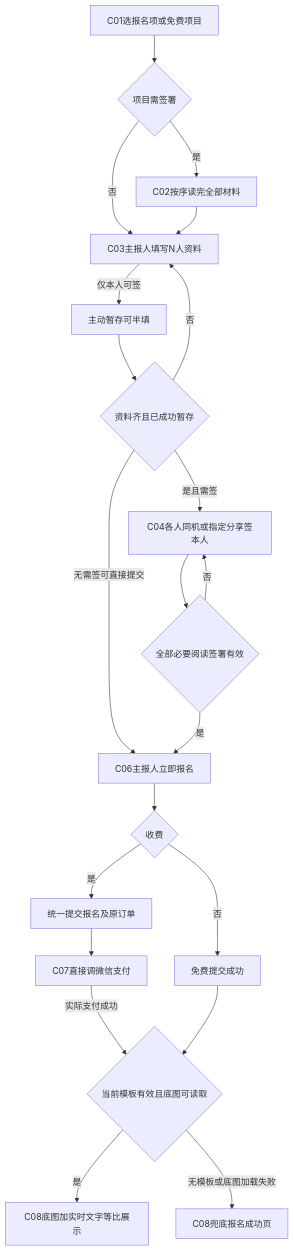
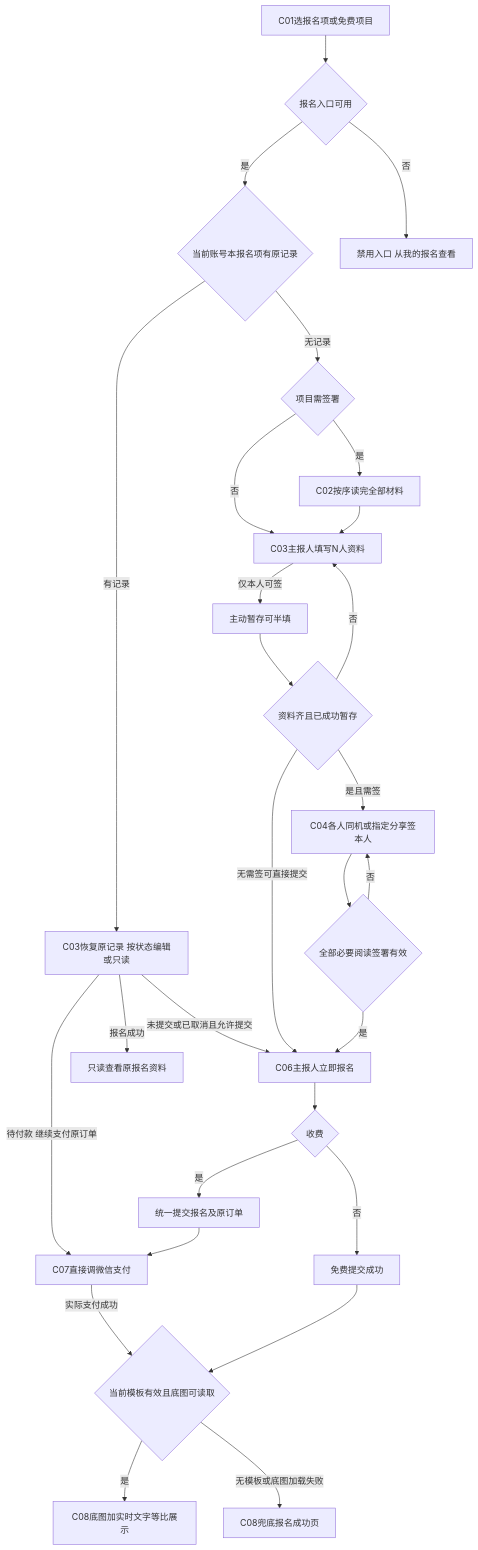
Before and after one commit to susantung/yanuoda: the second of 9 diagrams in dev-test-versions/2026-event-registration-20261110/方案与需求/2026-event-registration-20261110/02-全程流程图.md, drawn with Mermaid. The commit also changed other lines of this file and 42 other files, not shown here.

````diff
--- a/dev-test-versions/2026-event-registration-20261110/方案与需求/2026-event-registration-20261110/02-全程流程图.md
+++ b/dev-test-versions/2026-event-registration-20261110/方案与需求/2026-event-registration-20261110/02-全程流程图.md
@@ -55,39 +55,50 @@
 ```mermaid
 flowchart TD
  A[C01选报名项或免费项目]
  B{项目需签署}
  C[C02按序读完全部材料]
  D[C03主报人填写N人资料]
  E[主动暂存可半填]
  F{资料齐且已成功暂存}
  G[C04各人同机或指定分享签本人]
  H{全部必要阅读签署有效}
  I[C06主报人立即报名]
  J{收费}
  K[统一提交报名及原订单]
  L[C07直接调微信支付]
  M[免费提交成功]
  N{当前模板有效且底图可读取}
  O[C08底图加实时文字等比展示]
  P[C08兜底报名成功页]
- A --> B
+ X{报名入口可用}
+ Y{当前账号本报名项有原记录}
+ Z[C03恢复原记录 按状态编辑或只读]
+ W[禁用入口 从我的报名查看]
+ A --> X
+ X -->|否| W
+ X -->|是| Y
+ Y -->|无记录| B
+ Y -->|有记录| Z
+ Z -->|未提交或已取消且允许提交| I
+ Z -->|待付款 继续支付原订单| L
+ Z -->|报名成功| V[只读查看原报名资料]
  B -->|是| C
  B -->|否| D
  C --> D
  D -->|仅本人可签| E
  E --> F
  F -->|否| D
  F -->|是且需签| G
  F -->|无需签可直接提交| I
  G --> H
  H -->|否| G
  H -->|是| I
  I --> J
  J -->|是| K
  J -->|否| M
  K --> L
  L -->|实际支付成功| N
  M --> N
  N -->|是| O
  N -->|无模板或底图加载失败| P
 ```
````
